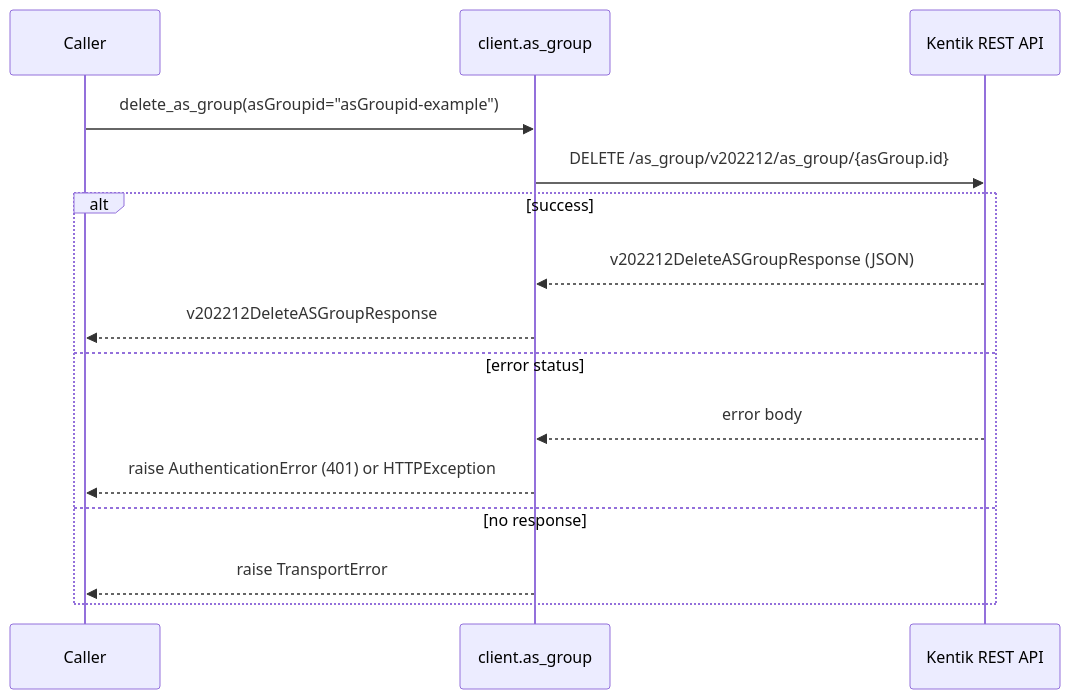
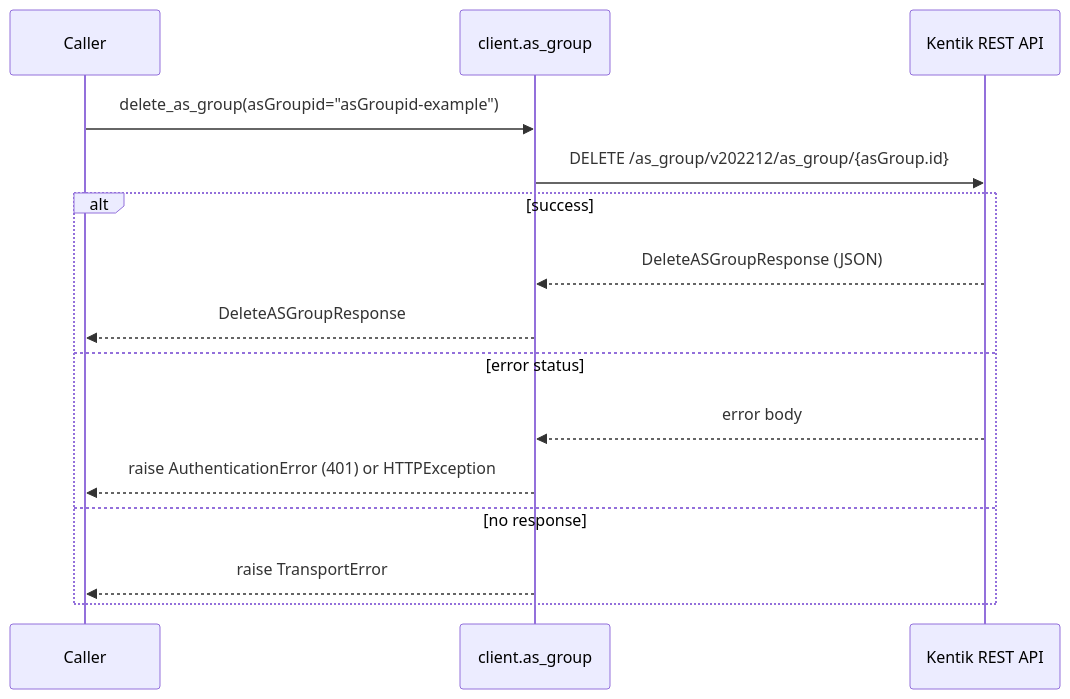
One commit to alexdearaujo/community_sdk_python changed the tenth of 12 diagrams in docs/sphinx/services/as_group.md. Above: the diagram before and after it, drawn with Mermaid. The commit also changed other lines of this file and 38 other files, not shown here.

````diff
--- a/docs/sphinx/services/as_group.md
+++ b/docs/sphinx/services/as_group.md
@@ -336,18 +336,18 @@
 ```mermaid
 sequenceDiagram
     participant C as Caller
     participant W as client.as_group
     participant API as Kentik REST API
 
     C->>W: delete_as_group(asGroupid="asGroupid-example")
     W->>API: DELETE /as_group/v202212/as_group/{asGroup.id}
     alt success
-        API-->>W: v202212DeleteASGroupResponse (JSON)
-        W-->>C: v202212DeleteASGroupResponse
+        API-->>W: DeleteASGroupResponse (JSON)
+        W-->>C: DeleteASGroupResponse
     else error status
         API-->>W: error body
         W-->>C: raise AuthenticationError (401) or HTTPException
     else no response
         W-->>C: raise TransportError
     end
 ```
````
